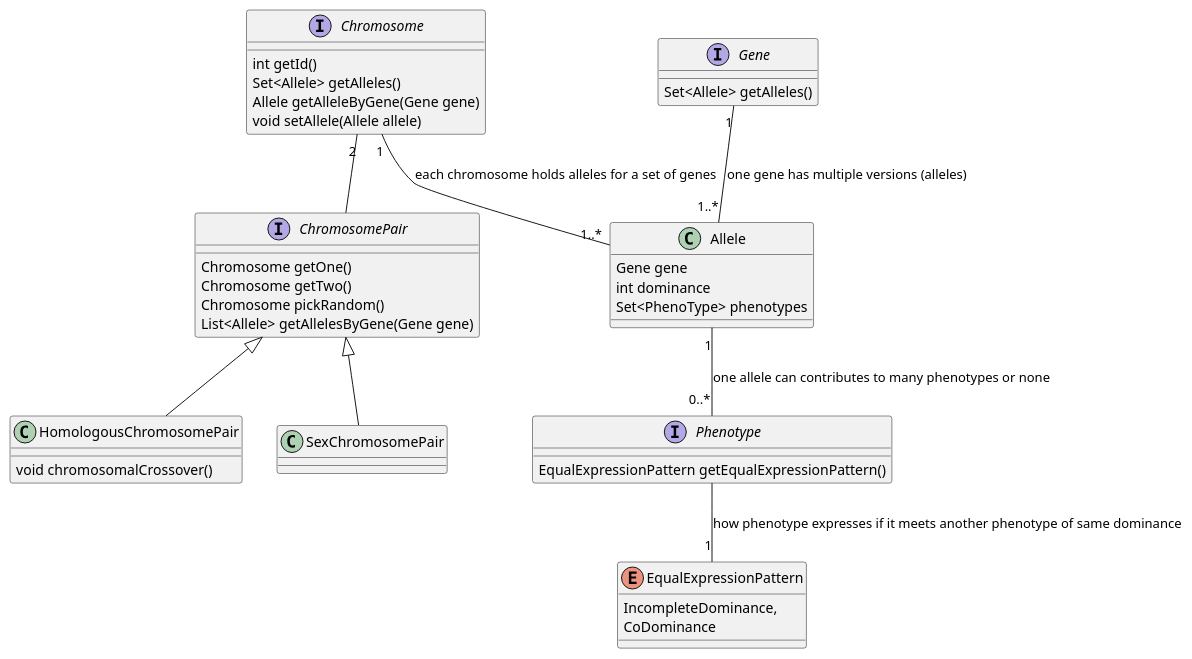
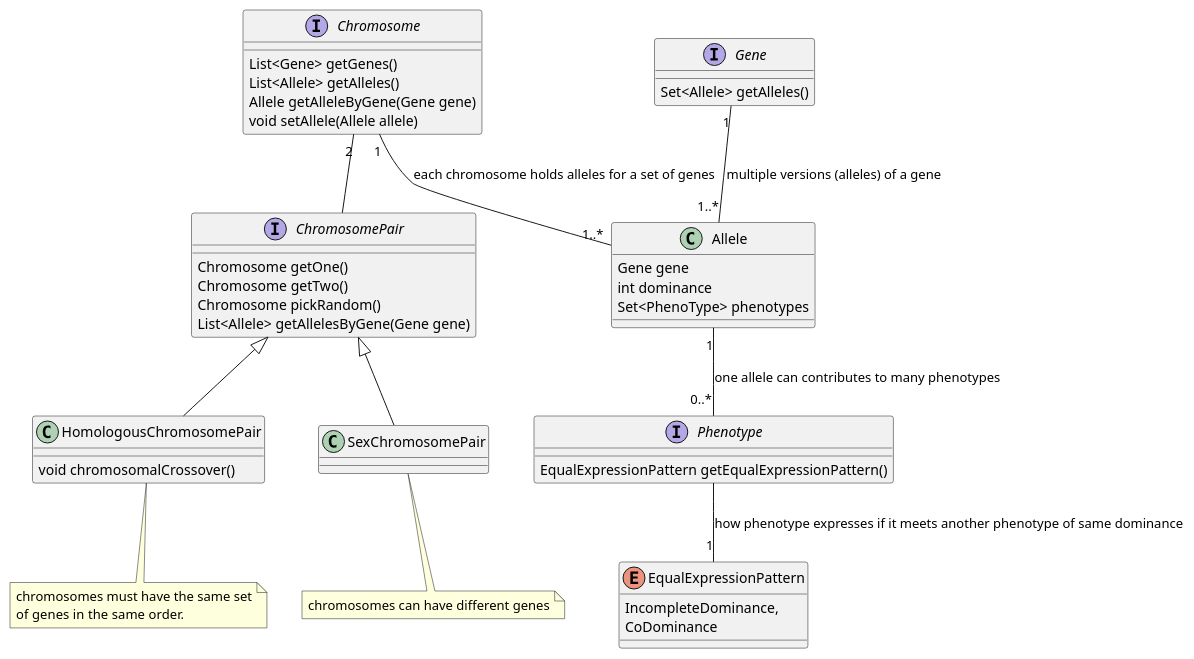
One commit to offbynull/learn changed the eighth of 10 diagrams in Biology/input/input.md. Above: the diagram before and after it, drawn with PlantUML. The commit also changed 3 other files, not shown here.

````diff
--- a/Biology/input/input.md
+++ b/Biology/input/input.md
@@ -2196,53 +2196,62 @@
 ```{plantuml}
 @startuml
 
 interface ChromosomePair {
   Chromosome getOne()
   Chromosome getTwo()
   Chromosome pickRandom()
   List<Allele> getAllelesByGene(Gene gene)
 }
 
 class HomologousChromosomePair {
   void chromosomalCrossover()
 }
 
+note bottom of HomologousChromosomePair
+  chromosomes must have the same set
+  of genes in the same order.
+end note
+
 class SexChromosomePair {
 }
 
+note bottom of SexChromosomePair
+  chromosomes can have different genes
+end note
+
 interface Chromosome {
-  int getId()
-  Set<Allele> getAlleles()
+  List<Gene> getGenes()
+  List<Allele> getAlleles()
   Allele getAlleleByGene(Gene gene)
   void setAllele(Allele allele)
 }
 
 class Allele {
   Gene gene
   int dominance
   Set<PhenoType> phenotypes
 }
 
 interface Gene {
   Set<Allele> getAlleles()
 }
 
 interface Phenotype {
   EqualExpressionPattern getEqualExpressionPattern()
 }
 
 enum EqualExpressionPattern {
   IncompleteDominance,
   CoDominance
 }
 
 Phenotype -- "1" EqualExpressionPattern: how phenotype expresses if it meets another phenotype of same dominance
-Gene "1" -- "1..*" Allele: "one gene has multiple versions (alleles)"
-Allele "1" -- "0..*" Phenotype: "one allele can contributes to many phenotypes or none"
+Gene "1" -- "1..*" Allele: "multiple versions (alleles) of a gene"
+Allele "1" -- "0..*" Phenotype: "one allele can contributes to many phenotypes"
 Chromosome "1" -- "1..*" Allele: "each chromosome holds alleles for a set of genes"
 Chromosome "2" -- ChromosomePair 
 ChromosomePair <|-- HomologousChromosomePair
 ChromosomePair <|-- SexChromosomePair
 
 @enduml
 ```
````
